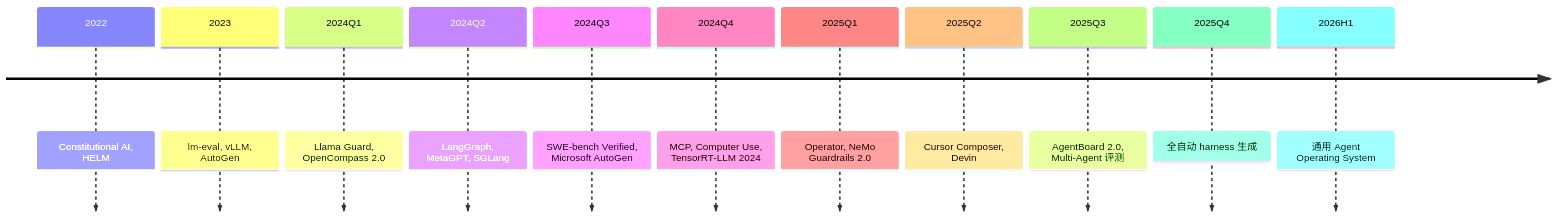
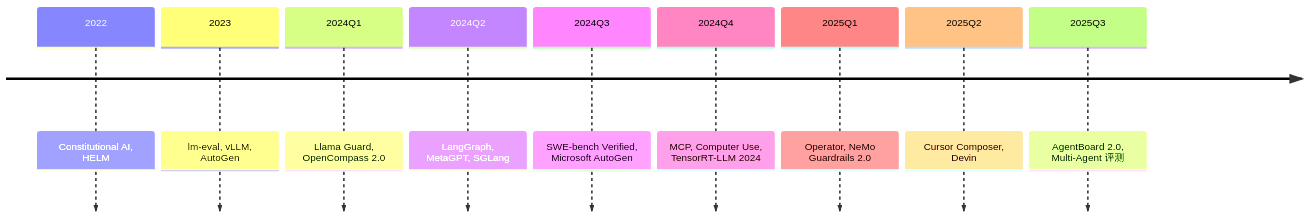
One commit to godlockin/maths-cs-ai-compendium changed the diagram in zh/第22章 - LLM Evaluation 方法学/08. Harness Engineering 综述.md. Above: the diagram before and after it, drawn with Mermaid. The commit also changed other lines of this file and 47 other files, not shown here.

````diff
--- a/zh/第22章 - LLM Evaluation 方法学/08. Harness Engineering 综述.md
+++ b/zh/第22章 - LLM Evaluation 方法学/08. Harness Engineering 综述.md
@@ -439,14 +438,12 @@
 ```mermaid
 timeline
     2022 : Constitutional AI, HELM
     2023 : lm-eval, vLLM, AutoGen
     2024Q1 : Llama Guard, OpenCompass 2.0
     2024Q2 : LangGraph, MetaGPT, SGLang
     2024Q3 : SWE-bench Verified, Microsoft AutoGen
     2024Q4 : MCP, Computer Use, TensorRT-LLM 2024
     2025Q1 : Operator, NeMo Guardrails 2.0
     2025Q2 : Cursor Composer, Devin
     2025Q3 : AgentBoard 2.0, Multi-Agent 评测
-    2025Q4 : 全自动 harness 生成
-    2026H1 : 通用 Agent Operating System
 ```
````
